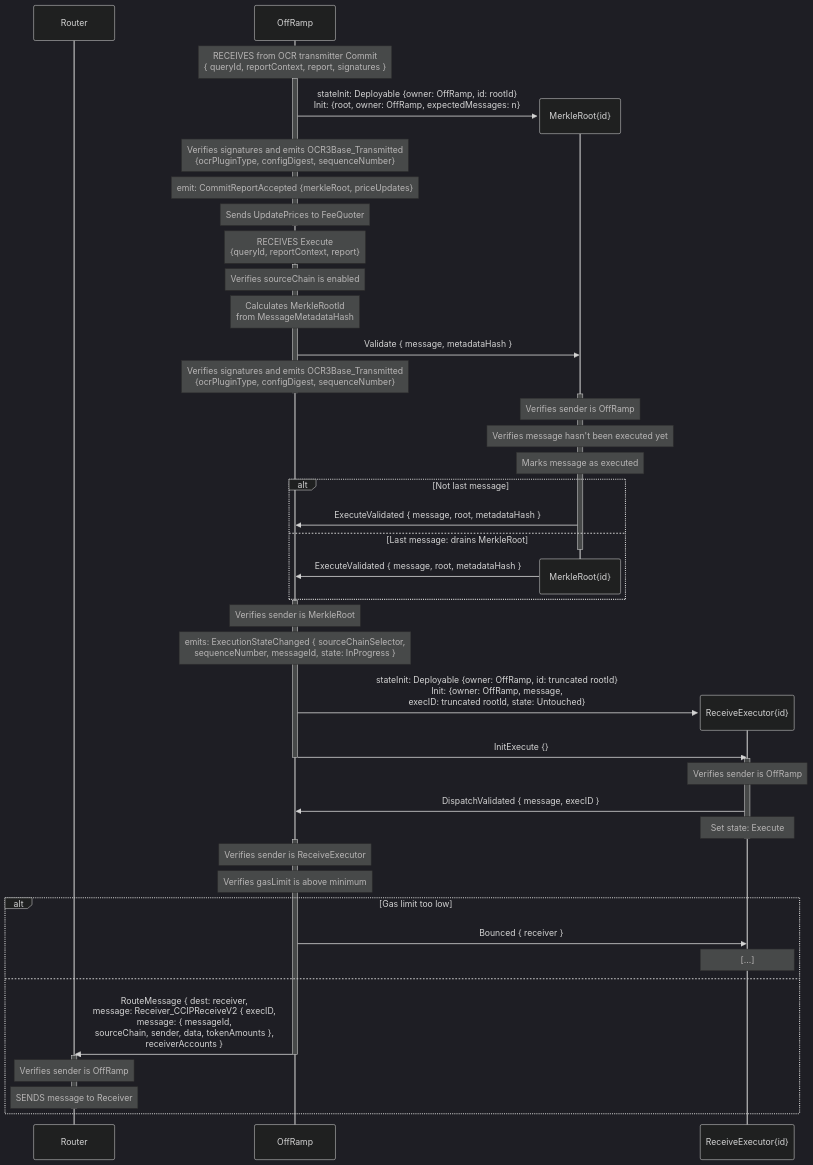
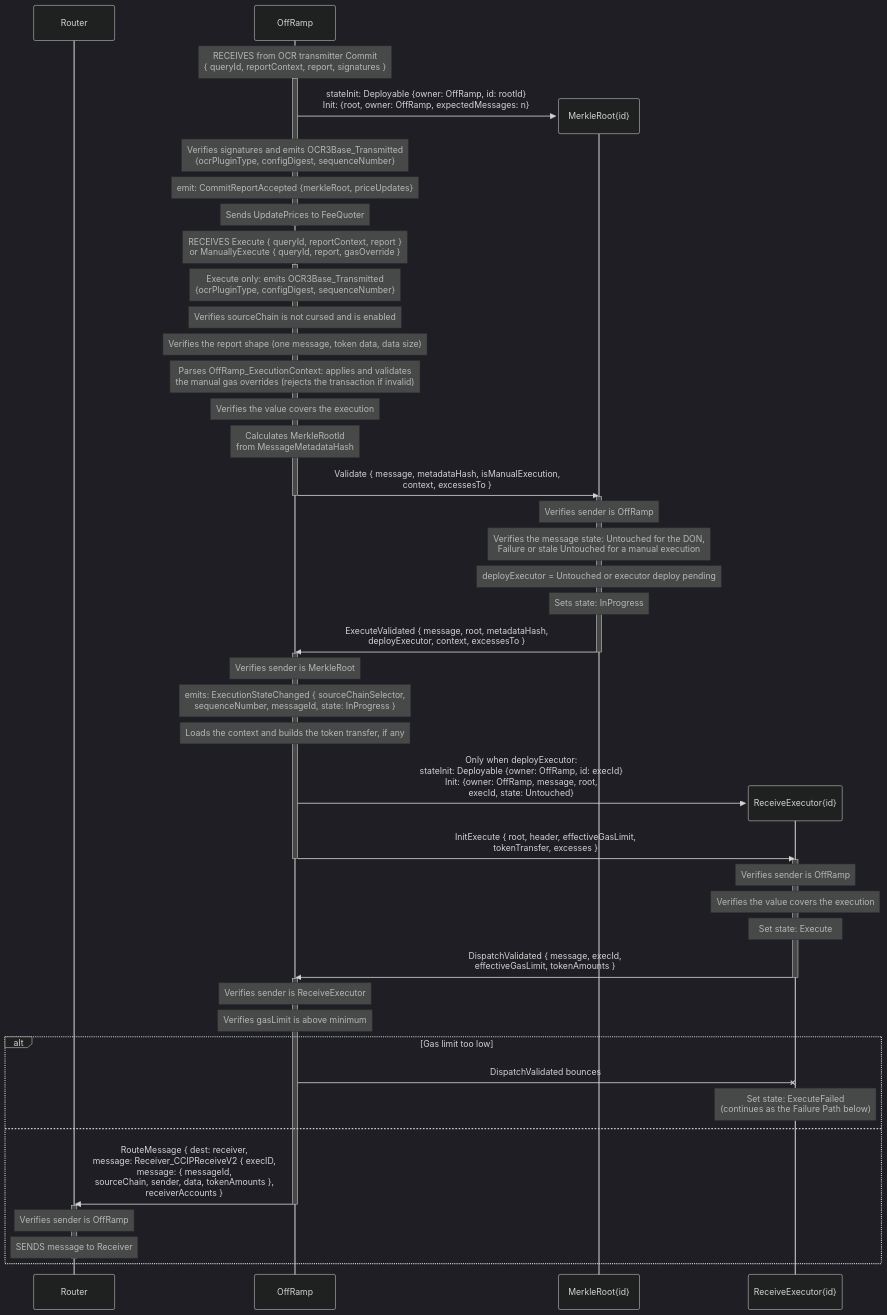
One commit to smartcontractkit/chainlink-ton changed the second of 7 diagrams in docs/contracts/overview/ccip/offramp/arbitrary-msg.md. Above: the diagram before and after it, drawn with Mermaid (dark theme). The commit also changed other lines of this file and 17 other files, not shown here.

Commit message:
fix: message gets stuck if  onExecuteValidated throws

````diff
--- a/docs/contracts/overview/ccip/offramp/arbitrary-msg.md
+++ b/docs/contracts/overview/ccip/offramp/arbitrary-msg.md
@@ -33,80 +33,80 @@
 ```mermaid
 sequenceDiagram
     participant R as Router
     participant OR as OffRamp
 
-    
-    
+
+
     Note over OR: RECEIVES from OCR transmitter Commit<br>{ queryId, reportContext, report, signatures }
     activate OR
 
     create participant MR as MerkleRoot{id}
     OR ->> MR: stateInit: Deployable {owner: OffRamp, id: rootId}<br>Init: {root, owner: OffRamp, expectedMessages: n}
-    
+
     Note over OR: Verifies signatures and emits OCR3Base_Transmitted<br>{ocrPluginType, configDigest, sequenceNumber}
     Note over OR: emit: CommitReportAccepted {merkleRoot, priceUpdates}
     Note over OR: Sends UpdatePrices to FeeQuoter
     deactivate OR
- 
-    Note over OR: RECEIVES Execute<br>{queryId, reportContext, report}
+
+    Note over OR: RECEIVES Execute { queryId, reportContext, report }<br>or ManuallyExecute { queryId, report, gasOverride }
     activate OR
-    Note over OR: Verifies sourceChain is enabled
+    Note over OR: Execute only: emits OCR3Base_Transmitted<br>{ocrPluginType, configDigest, sequenceNumber}
+    Note over OR: Verifies sourceChain is not cursed and is enabled
+    Note over OR: Verifies the report shape (one message, token data, data size)
+    Note over OR: Parses OffRamp_ExecutionContext: applies and validates<br>the manual gas overrides (rejects the transaction if invalid)
+    Note over OR: Verifies the value covers the execution
     Note over OR: Calculates MerkleRootId<br>from MessageMetadataHash
 
-    OR ->> MR: Validate { message, metadataHash }
-
-    Note over OR: Verifies signatures and emits OCR3Base_Transmitted<br>{ocrPluginType, configDigest, sequenceNumber}
+    OR ->> MR: Validate { message, metadataHash, isManualExecution,<br>context, excessesTo }
     deactivate OR
 
     activate MR
 
     Note over MR: Verifies sender is OffRamp
-    Note over MR: Verifies message hasn't been executed yet
-    Note over MR: Marks message as executed
+    Note over MR: Verifies the message state: Untouched for the DON,<br>Failure or stale Untouched for a manual execution
+    Note over MR: deployExecutor = Untouched or executor deploy pending
+    Note over MR: Sets state: InProgress
 
-    
-    alt Not last message
-    MR ->> OR: ExecuteValidated { message, root, metadataHash }
-    else Last message: drains MerkleRoot
+    MR ->> OR: ExecuteValidated { message, root, metadataHash,<br>deployExecutor, context, excessesTo }
     deactivate MR
-    destroy MR
-    MR ->> OR: ExecuteValidated { message, root, metadataHash }
-    end
 
     activate OR
     Note over OR: Verifies sender is MerkleRoot
     Note over OR: emits: ExecutionStateChanged { sourceChainSelector,<br>sequenceNumber, messageId, state: InProgress }
+    Note over OR: Loads the context and builds the token transfer, if any
+
     create participant RE as ReceiveExecutor{id}
-    OR ->> RE: stateInit: Deployable {owner: OffRamp, id: truncated rootId}<br>Init: {owner: OffRamp, message,<br>execID: truncated rootId, state: Untouched}
-    OR ->> RE: InitExecute {}
+    OR ->> RE: Only when deployExecutor:<br>stateInit: Deployable {owner: OffRamp, id: execId}<br>Init: {owner: OffRamp, message, root,<br>execId, state: Untouched}
+    OR ->> RE: InitExecute { root, header, effectiveGasLimit,<br>tokenTransfer, excesses }
     deactivate OR
 
 
 
     activate RE
     Note over RE: Verifies sender is OffRamp
-    RE ->> OR: DispatchValidated { message, execID }
+    Note over RE: Verifies the value covers the execution
     Note over RE: Set state: Execute
+    RE ->> OR: DispatchValidated { message, execId,<br>effectiveGasLimit, tokenAmounts }
     deactivate RE
 
 
 
     activate OR
     Note over OR: Verifies sender is ReceiveExecutor
     Note over OR: Verifies gasLimit is above minimum
     alt Gas limit too low
-    OR ->> RE: Bounced { receiver }
-    Note over RE: [...]
+    OR -x RE: DispatchValidated bounces
+    Note over RE: Set state: ExecuteFailed<br>(continues as the Failure Path below)
     else
 
     OR ->> R: RouteMessage { dest: receiver,<br>message: Receiver_CCIPReceiveV2 { execID,<br>message: { messageId,<br>sourceChain, sender, data, tokenAmounts },<br>receiverAccounts }
     deactivate OR
 
 
 
     activate R
     Note over R: Verifies sender is OffRamp
     Note over R: SENDS message to Receiver
     deactivate R
     end
 ```
````
